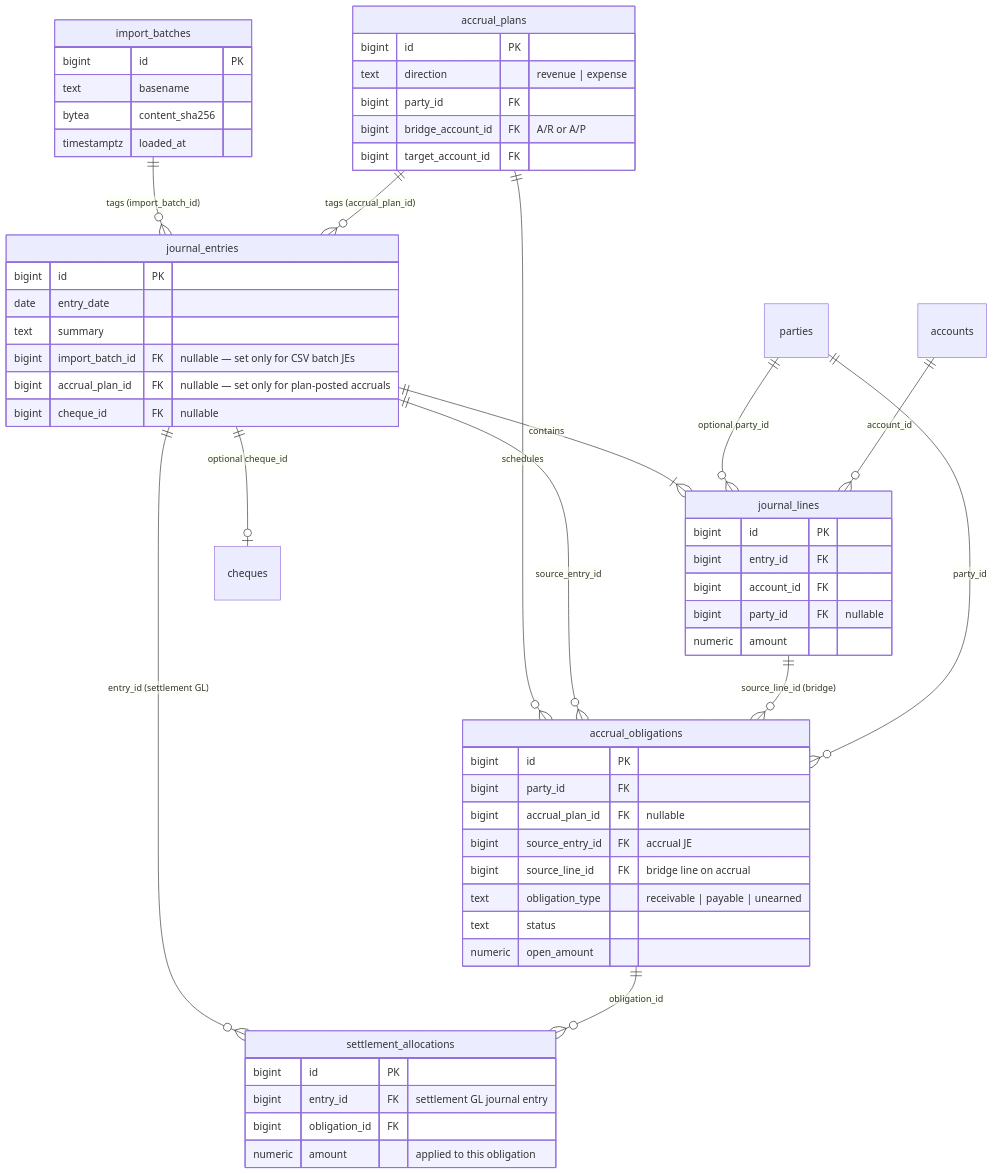
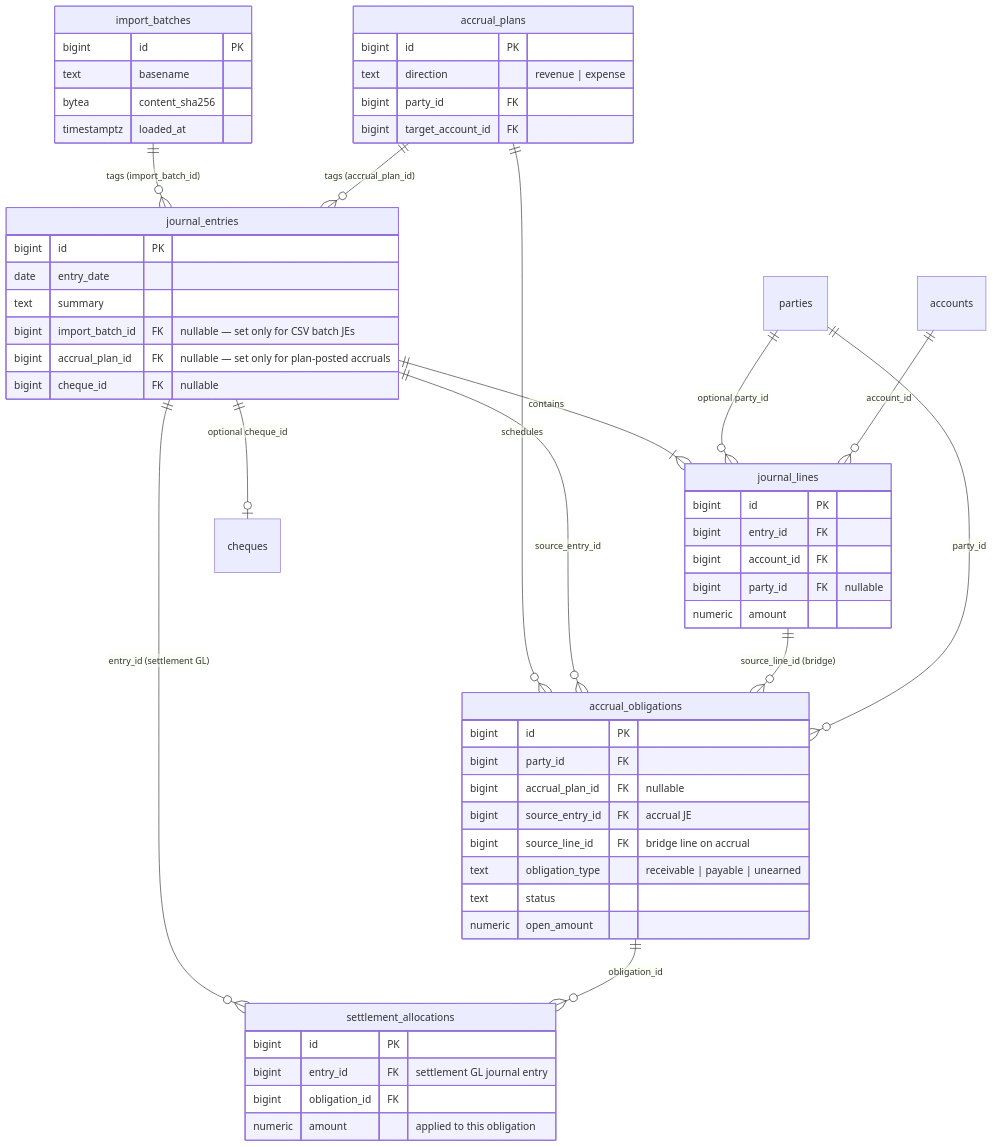
The first of 4 diagrams in docs/ledger-data-model.md (brettski74/TallyBadger), drawn with Mermaid before and after one commit. The commit also changed other lines of this file and 30 other files, not shown here.

````diff
--- a/docs/ledger-data-model.md
+++ b/docs/ledger-data-model.md
@@ -11,65 +11,64 @@
 ```mermaid
 erDiagram
     import_batches ||--o{ journal_entries : "tags (import_batch_id)"
     accrual_plans ||--o{ journal_entries : "tags (accrual_plan_id)"
     journal_entries ||--|{ journal_lines : "contains"
     journal_entries ||--o| cheques : "optional cheque_id"
     accrual_plans ||--o{ accrual_obligations : "schedules"
     journal_entries ||--o{ accrual_obligations : "source_entry_id"
     journal_lines ||--o{ accrual_obligations : "source_line_id (bridge)"
     parties ||--o{ accrual_obligations : "party_id"
     journal_entries ||--o{ settlement_allocations : "entry_id (settlement GL)"
     accrual_obligations ||--o{ settlement_allocations : "obligation_id"
     parties ||--o{ journal_lines : "optional party_id"
     accounts ||--o{ journal_lines : "account_id"
 
     import_batches {
         bigint id PK
         text basename
         bytea content_sha256
         timestamptz loaded_at
     }
 
     journal_entries {
         bigint id PK
         date entry_date
         text summary
         bigint import_batch_id FK "nullable — set only for CSV batch JEs"
         bigint accrual_plan_id FK "nullable — set only for plan-posted accruals"
         bigint cheque_id FK "nullable"
     }
 
     journal_lines {
         bigint id PK
         bigint entry_id FK
         bigint account_id FK
         bigint party_id FK "nullable"
         numeric amount
     }
 
     accrual_plans {
         bigint id PK
         text direction "revenue | expense"
         bigint party_id FK
-        bigint bridge_account_id FK "A/R or A/P"
         bigint target_account_id FK
     }
 
     accrual_obligations {
         bigint id PK
         bigint party_id FK
         bigint accrual_plan_id FK "nullable"
         bigint source_entry_id FK "accrual JE"
         bigint source_line_id FK "bridge line on accrual"
         text obligation_type "receivable | payable | unearned"
         text status
         numeric open_amount
     }
 
     settlement_allocations {
         bigint id PK
         bigint entry_id FK "settlement GL journal entry"
         bigint obligation_id FK
         numeric amount "applied to this obligation"
     }
 ```
````
